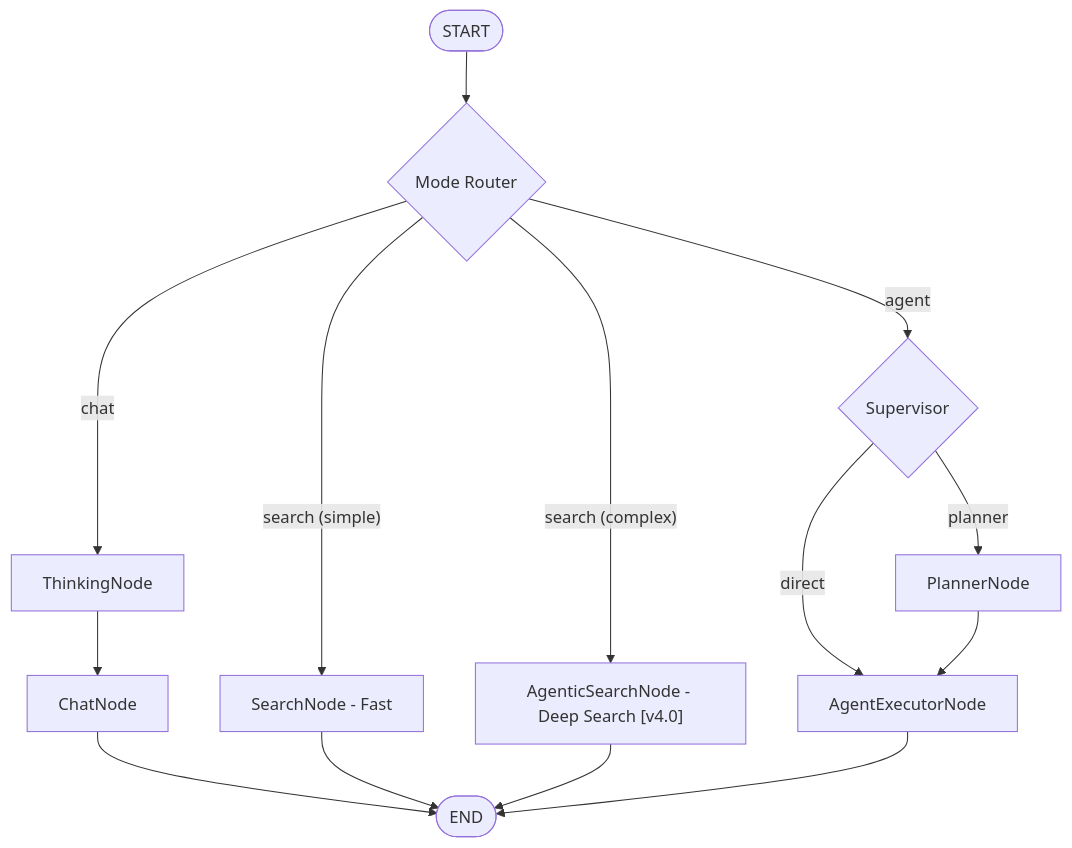
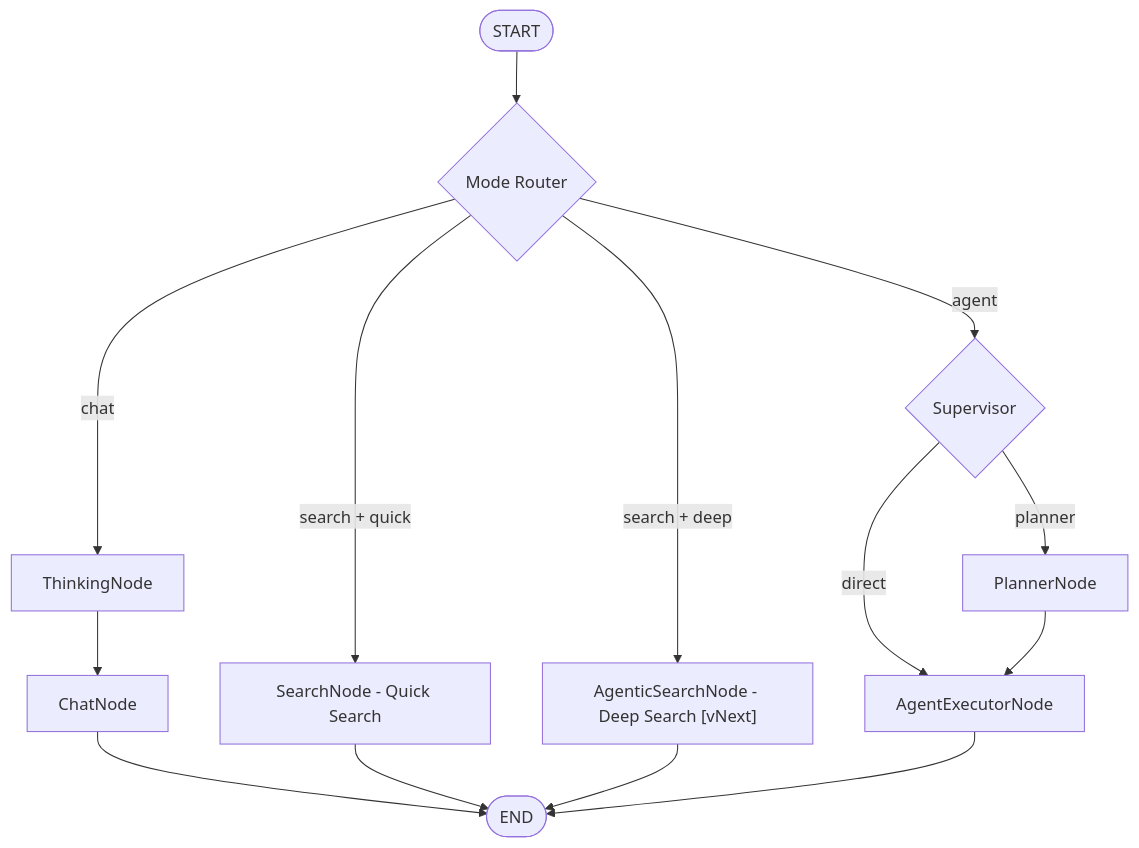
One commit to coco4atJP/Tepora-alpha changed the third of 11 diagrams in docs/architecture/ARCHITECTURE.md. Above: the diagram before and after it, drawn with Mermaid. The commit also changed other lines of this file and 20 other files, not shown here.

Commit message:
Redesign search mode quick deep architecture

````diff
--- a/docs/architecture/ARCHITECTURE.md
+++ b/docs/architecture/ARCHITECTURE.md
@@ -518,21 +521,21 @@
 ```mermaid
 graph TD
     START([START]) --> ROUTER{Mode Router}
   
     ROUTER -->|chat| THINK[ThinkingNode]
     THINK --> CHAT[ChatNode]
   
-    ROUTER -->|"search (simple)"| SEARCH[SearchNode - Fast]
-    ROUTER -->|"search (complex)"| AGENTIC["AgenticSearchNode - Deep Search [v4.0]"]
+    ROUTER -->|"search + quick"| SEARCH[SearchNode - Quick Search]
+    ROUTER -->|"search + deep"| AGENTIC["AgenticSearchNode - Deep Search [vNext]"]
   
     ROUTER -->|agent| SUPERVISOR{Supervisor}
   
     SUPERVISOR -->|planner| PLANNER[PlannerNode]
     SUPERVISOR -->|direct| AGENT_EXEC[AgentExecutorNode]
     PLANNER --> AGENT_EXEC
   
     CHAT --> END([END])
     SEARCH --> END
     AGENTIC --> END
     AGENT_EXEC --> END
 ```
````
